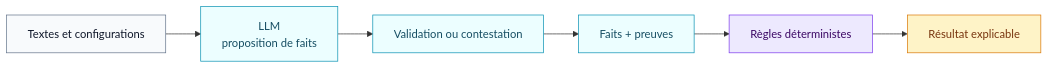
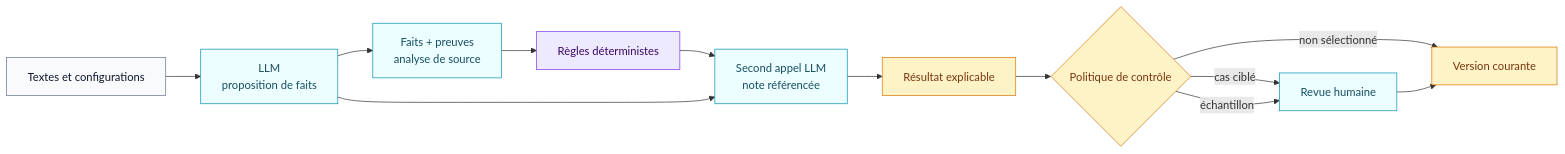
Before and after one commit to NickChaps/Open-AIRS: the second of 2 diagrams in docs/fr/concepts.md, drawn with Mermaid. The commit also changed other lines of this file and 58 other files, not shown here.

````diff
--- a/docs/fr/concepts.md
+++ b/docs/fr/concepts.md
@@ -119,17 +124,23 @@
 ```mermaid
 flowchart LR
     T["Textes et configurations"] --> L["LLM<br/>proposition de faits"]
-    L --> H["Validation ou contestation"]
-    H --> F["Faits + preuves"]
+    L --> F["Faits + preuves<br/>analyse de source"]
     F --> E["Règles déterministes"]
-    E --> R["Résultat explicable"]
+    E --> N["Second appel LLM<br/>note référencée"]
+    L --> N
+    N --> R["Résultat explicable"]
+    R --> Q{"Politique de contrôle"}
+    Q -->|"cas ciblé"| H["Revue humaine"]
+    Q -->|"échantillon"| H
+    Q -->|"non sélectionné"| C["Version courante"]
+    H --> C
 
     classDef source fill:#f8fafc,stroke:#64748b,color:#0f172a
     classDef assist fill:#ecfeff,stroke:#0891b2,color:#164e63
     classDef engine fill:#ede9fe,stroke:#7c3aed,color:#3b0764
     classDef result fill:#fef3c7,stroke:#d97706,color:#78350f
     class T source
-    class L,H,F assist
+    class L,H,F,N assist
     class E engine
-    class R result
+    class R,Q,C result
 ```
````
